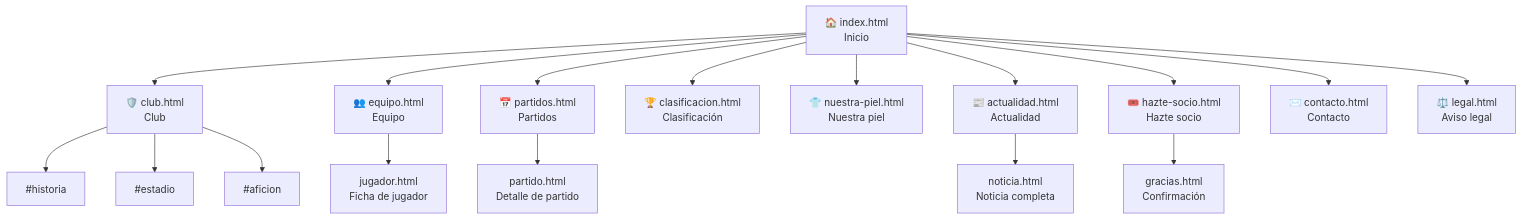
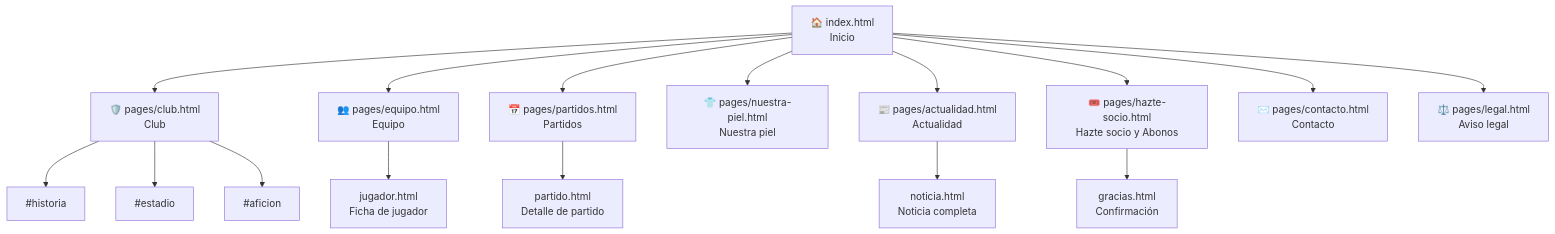
The diagram in docs/02-estructura-del-sitio.md (Samu-Bm/Byte-City-FC), drawn with Mermaid before and after one commit. The commit also changed other lines of this file and 14 other files, not shown here.

````diff
--- a/docs/02-estructura-del-sitio.md
+++ b/docs/02-estructura-del-sitio.md
@@ -7,21 +7,20 @@
 ```mermaid
 flowchart TD
-    A[🏠 index.html<br>Inicio] --> B[🛡️ club.html<br>Club]
-    A --> C[👥 equipo.html<br>Equipo]
-    A --> D[📅 partidos.html<br>Partidos]
-    A --> E[🏆 clasificacion.html<br>Clasificación]
-    A --> F[👕 nuestra-piel.html<br>Nuestra piel]
-    A --> G[📰 actualidad.html<br>Actualidad]
-    A --> H[🎟️ hazte-socio.html<br>Hazte socio]
-    A --> I[✉️ contacto.html<br>Contacto]
-    A --> J[⚖️ legal.html<br>Aviso legal]
+    A[🏠 index.html<br>Inicio] --> B[🛡️ pages/club.html<br>Club]
+    A --> C[👥 pages/equipo.html<br>Equipo]
+    A --> D[📅 pages/partidos.html<br>Partidos]
+    A --> E[👕 pages/nuestra-piel.html<br>Nuestra piel]
+    A --> F[📰 pages/actualidad.html<br>Actualidad]
+    A --> G[🎟️ pages/hazte-socio.html<br>Hazte socio y Abonos]
+    A --> H[✉️ pages/contacto.html<br>Contacto]
+    A --> I[⚖️ pages/legal.html<br>Aviso legal]
 
     B --> B1[#historia]
     B --> B2[#estadio]
     B --> B3[#aficion]
 
     C --> C1[jugador.html<br>Ficha de jugador]
     D --> D1[partido.html<br>Detalle de partido]
-    G --> G1[noticia.html<br>Noticia completa]
-    H --> H1[gracias.html<br>Confirmación]
+    F --> F1[noticia.html<br>Noticia completa]
+    G --> G1[gracias.html<br>Confirmación]
 ```
````
